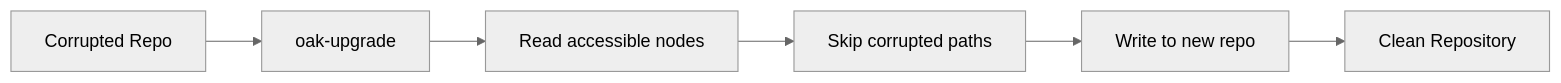
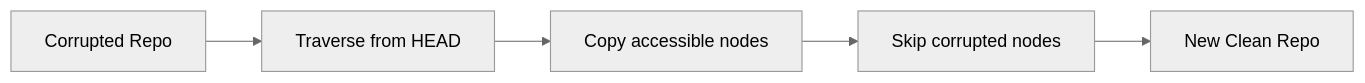
The diagram in docs/recovery/sidegrade.md (somarc/oak-magnum-oakus), drawn with Mermaid (neutral theme) before and after one commit. The commit also changed other lines of this file and 7 other files, not shown here.

````diff
--- a/docs/recovery/sidegrade.md
+++ b/docs/recovery/sidegrade.md
@@ -23,8 +26,7 @@
 ```mermaid
 flowchart LR
-    A[Corrupted Repo] --> B[oak-upgrade]
-    B --> C[Read accessible nodes]
-    C --> D[Skip corrupted paths]
-    D --> E[Write to new repo]
-    E --> F[Clean Repository]
+    A[Corrupted Repo] --> B[Traverse from HEAD]
+    B --> C[Copy accessible nodes]
+    C --> D[Skip corrupted nodes]
+    D --> E[New Clean Repo]
 ```
````
